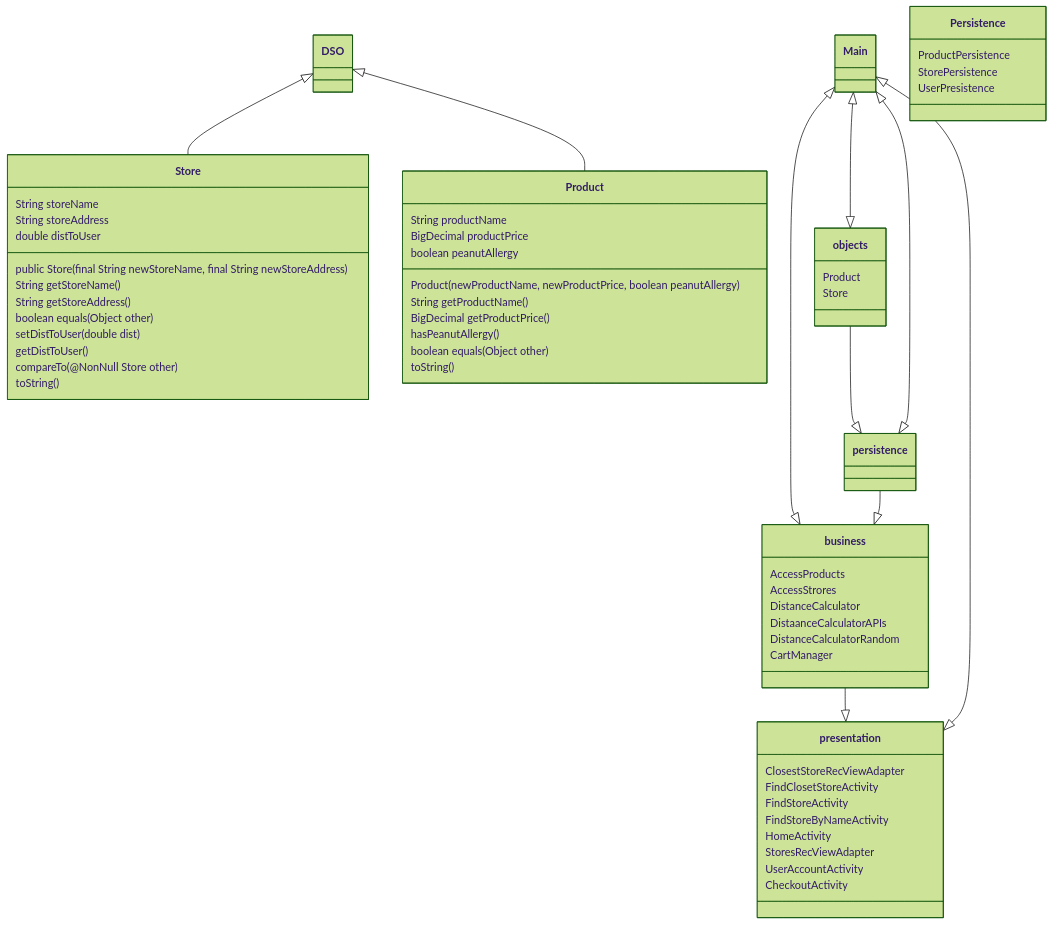
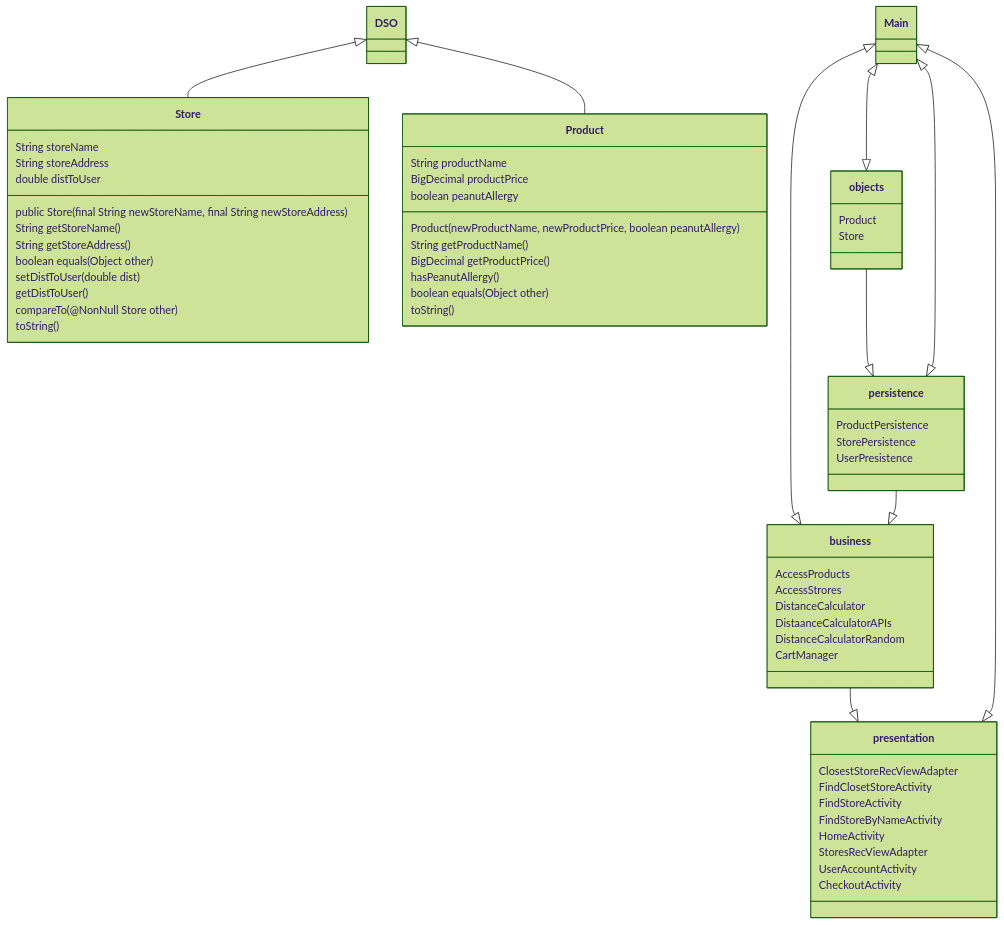
One commit to timonchen/GoCart changed the diagram in ARCHITECTURE.md. Above: the diagram before and after it, drawn with Mermaid (forest theme). The commit also changed other lines of this file, not shown here.

Commit message:
Replace ARCHITECTURE.md

````diff
--- a/ARCHITECTURE.md
+++ b/ARCHITECTURE.md
@@ -31,78 +31,78 @@
 ```mermaid
 classDiagram
    
     Main <|--|> business
     Main <|--|> objects
     Main <|--|> persistence 
     Main <|--|> presentation
     DSO <|-- Store
     DSO <|-- Product
     business --|> presentation
     persistence --|> business
     objects --|> persistence
     class Main{
     }
 
  class business{
 	AccessProducts
 	AccessStrores
 	DistanceCalculator
 	DistaanceCalculatorAPIs
 	DistanceCalculatorRandom
 CartManager
 
 
 }
 
 class objects{
 Product
 Store
 }
 
-class Persistence{
+class persistence{
 ProductPersistence
 StorePersistence
 UserPresistence
 }
 
 class presentation{
 ClosestStoreRecViewAdapter
 FindClosetStoreActivity
 FindStoreActivity
 FindStoreByNameActivity
 HomeActivity
 StoresRecViewAdapter
 UserAccountActivity
 CheckoutActivity
 
 }
  class DSO{
     }
 
 class Product{
 String productName
 BigDecimal productPrice
 boolean peanutAllergy
 Product(newProductName, newProductPrice, boolean peanutAllergy)
 String getProductName()
 BigDecimal getProductPrice()
 hasPeanutAllergy()
 boolean equals(Object other)
 toString()
 
 }
 
 class Store{
 String storeName
 String storeAddress
 double distToUser
 public Store(final String newStoreName, final String newStoreAddress)
 String getStoreName()
 String getStoreAddress()
 boolean equals(Object other) 
 setDistToUser(double dist)
 getDistToUser()
 compareTo(@NonNull Store other) 
 toString()
 }
 ```
````
